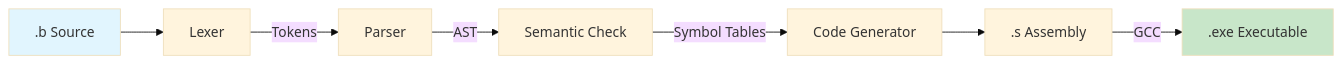
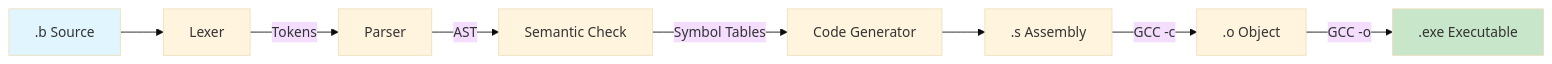
One commit to OmarAglan/Baa changed the diagram in docs/INTERNALS.md. Above: the diagram before and after it, drawn with Mermaid (base theme). The commit also changed other lines of this file and 5 other files, not shown here.

````diff
--- a/docs/INTERNALS.md
+++ b/docs/INTERNALS.md
@@ -30,12 +32,13 @@
 ```mermaid
 flowchart LR
     A[".b Source"] --> B["Lexer"]
     B -->|Tokens| C["Parser"]
     C -->|AST| D["Semantic Check"]
     D -->|Symbol Tables| E["Code Generator"]
     E --> F[".s Assembly"]
-    F -->|GCC| G[".exe Executable"]
+    F -->|GCC -c| G[".o Object"]
+    G -->|GCC -o| H[".exe Executable"]
     
     style A fill:#e1f5fe
-    style G fill:#c8e6c9
+    style H fill:#c8e6c9
 ```
````
